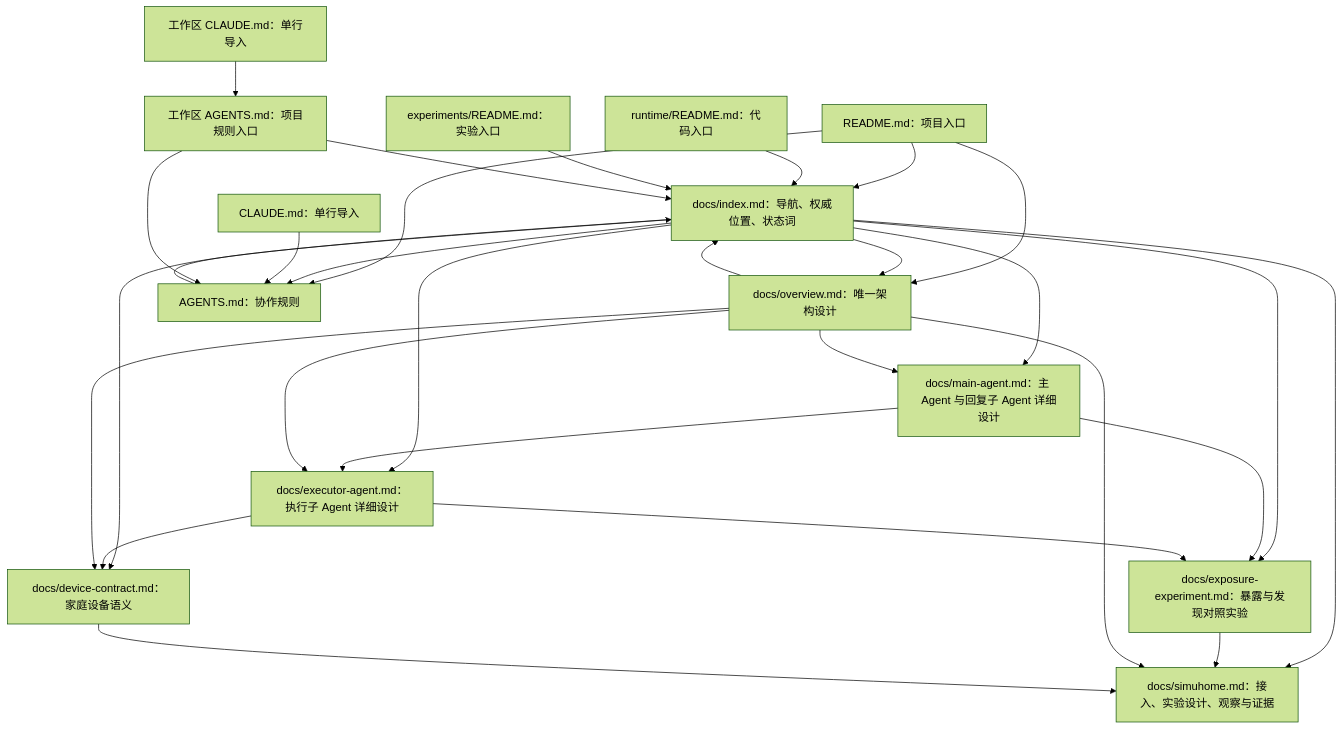
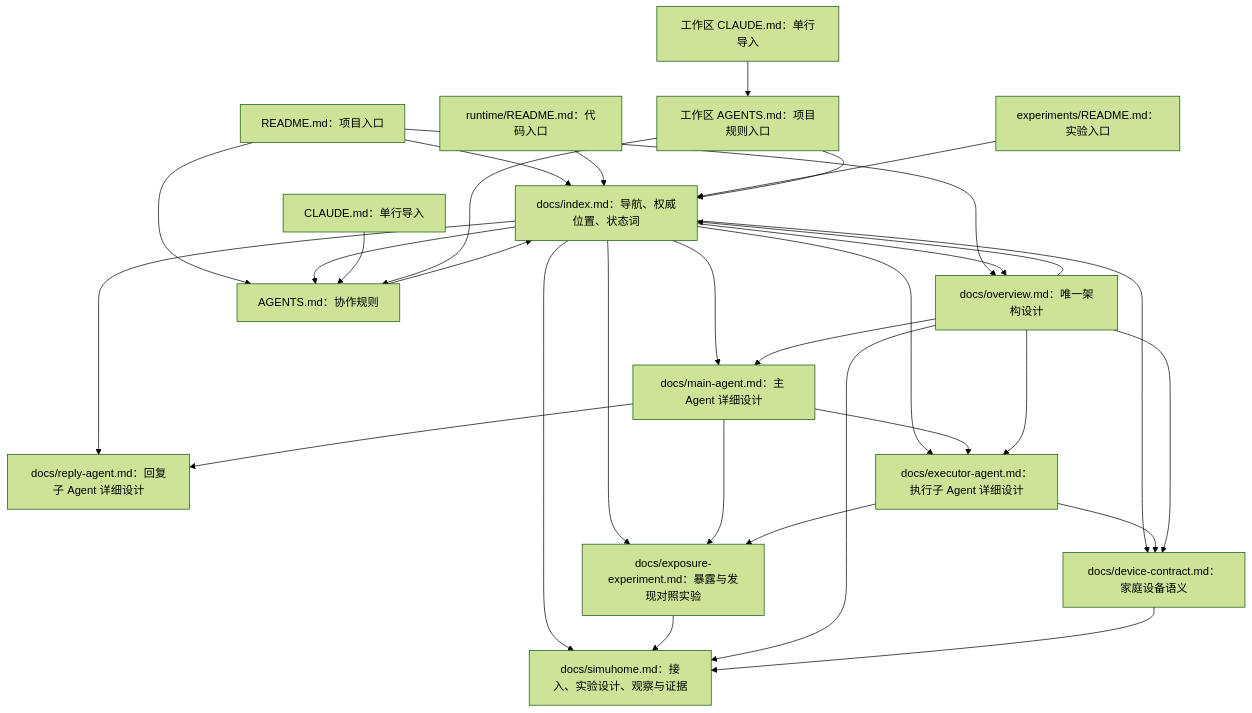
Before and after one commit to hongyue0721/home_agent: the diagram in docs/index.md, drawn with Mermaid (forest theme). The commit also changed other lines of this file and 2 other files, not shown here.

First line of the commit message:
docs(reply-agent): 新增回复子 Agent 详细设计

````diff
--- a/docs/index.md
+++ b/docs/index.md
@@ -22,31 +23,33 @@
 ```mermaid
 flowchart TD
     README[README.md：项目入口] --> INDEX[docs/index.md：导航、权威位置、状态词]
     README --> OVERVIEW[docs/overview.md：唯一架构设计]
     README --> AGENTS[AGENTS.md：协作规则]
     INDEX --> OVERVIEW
     INDEX --> AGENTS
     INDEX --> CONTRACT[docs/device-contract.md：家庭设备语义]
     INDEX --> SIMUHOME[docs/simuhome.md：接入、实验设计、观察与证据]
-    INDEX --> MAIN_AGENT[docs/main-agent.md：主 Agent 与回复子 Agent 详细设计]
+    INDEX --> MAIN_AGENT[docs/main-agent.md：主 Agent 详细设计]
+    INDEX --> REPLY_AGENT[docs/reply-agent.md：回复子 Agent 详细设计]
     INDEX --> EXECUTOR[docs/executor-agent.md：执行子 Agent 详细设计]
     INDEX --> EXPOSURE[docs/exposure-experiment.md：暴露与发现对照实验]
     OVERVIEW --> MAIN_AGENT
     MAIN_AGENT --> EXECUTOR
+    MAIN_AGENT --> REPLY_AGENT
     MAIN_AGENT --> EXPOSURE
     OVERVIEW --> EXECUTOR
     EXECUTOR --> CONTRACT
     EXECUTOR --> EXPOSURE
     EXPOSURE --> SIMUHOME
     OVERVIEW --> CONTRACT
     OVERVIEW --> SIMUHOME
     CONTRACT --> SIMUHOME
     RUNTIME_README[runtime/README.md：代码入口] --> INDEX
     EXPERIMENT_README[experiments/README.md：实验入口] --> INDEX
     OVERVIEW --> INDEX
     AGENTS --> INDEX
     CLAUDE[CLAUDE.md：单行导入] --> AGENTS
     WORKSPACE_CLAUDE[工作区 CLAUDE.md：单行导入] --> WORKSPACE_AGENTS[工作区 AGENTS.md：项目规则入口]
     WORKSPACE_AGENTS --> AGENTS
     WORKSPACE_AGENTS --> INDEX
 ```
````
